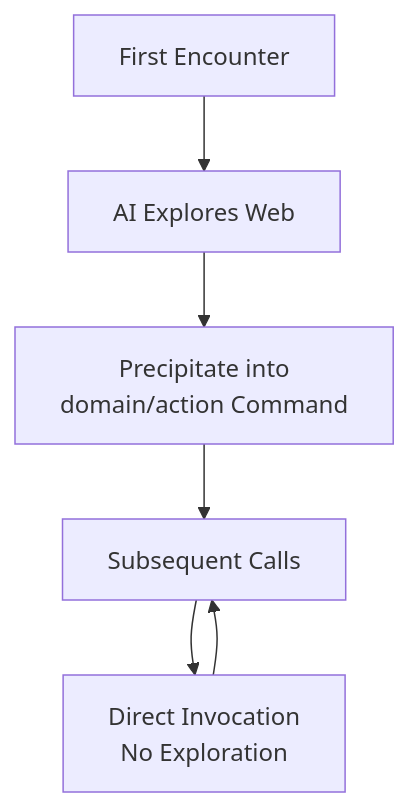
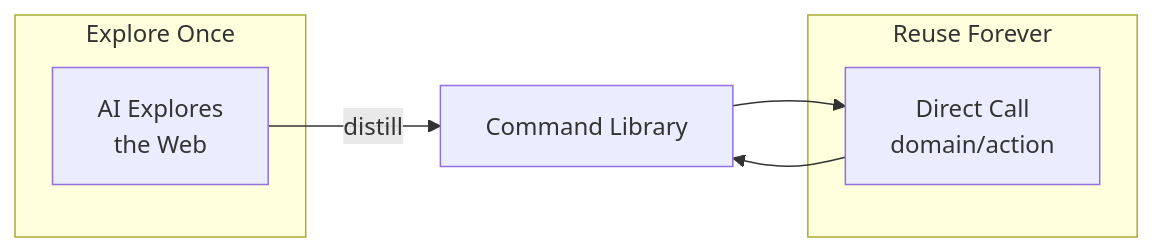
The diagram in README.md (bqw1013/WebSculpt), drawn with Mermaid before and after one commit. The commit also changed 1 other file, not shown here.

Commit message:
docs: restructure mermaid diagram into explore-reuse layout

````diff
--- a/README.md
+++ b/README.md
@@ -18,8 +18,12 @@
 ```mermaid
-flowchart TD
-    A[First Encounter] --> B[AI Explores Web]
-    B --> C[Precipitate into<br/>domain/action Command]
-    C --> D[Subsequent Calls]
-    D --> E[Direct Invocation<br/>No Exploration]
-    E --> D
+flowchart LR
+    subgraph Explore["Explore Once"]
+        A[AI Explores<br/>the Web]
+    end
+    subgraph Reuse["Reuse Forever"]
+        B[Direct Call<br/>domain/action]
+    end
+    A -->|"distill"| C[Command Library]
+    C --> B
+    B --> C
 ```
````
